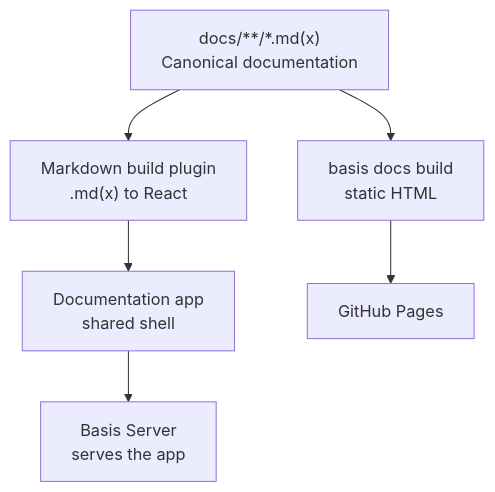
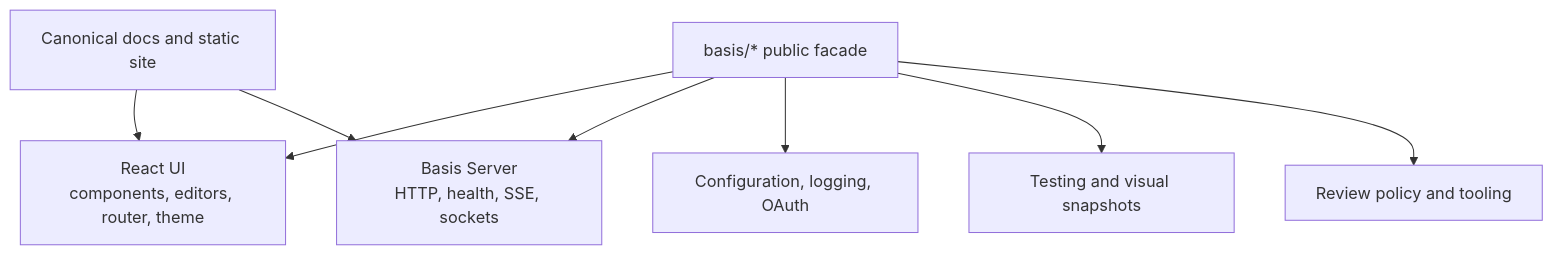
One commit to TroyAlford/basis changed the diagram in docs/architecture.mdx. Above: the diagram before and after it, drawn with Mermaid. The commit also changed other lines of this file and 107 other files, not shown here.

First line of the commit message:
docs: publish the monorepo documentation site (#256)

````diff
--- a/docs/architecture.mdx
+++ b/docs/architecture.mdx
@@ -22,14 +13,17 @@
 ```mermaid
 flowchart TD
-    Docs["docs/**/*.md(x)<br/>Canonical documentation"]
-    Plugin["Markdown build plugin<br/>.md(x) to React"]
-    App["Documentation app<br/>shared shell"]
-    Server["Basis Server<br/>serves the app"]
-    Build["basis docs build<br/>static HTML"]
-    Pages["GitHub Pages"]
-    Docs --> Plugin
-    Plugin --> App
-    App --> Server
-    Docs --> Build
-    Build --> Pages
+    Facade["basis/* public facade"]
+    UI["React UI<br/>components, editors, router, theme"]
+    Server["Basis Server<br/>HTTP, health, SSE, sockets"]
+    Core["Configuration, logging, OAuth"]
+    Testing["Testing and visual snapshots"]
+    Review["Review policy and tooling"]
+    Docs["Canonical docs and static site"]
+    Facade --> UI
+    Facade --> Server
+    Facade --> Core
+    Facade --> Testing
+    Facade --> Review
+    Docs --> UI
+    Docs --> Server
 ```
````
